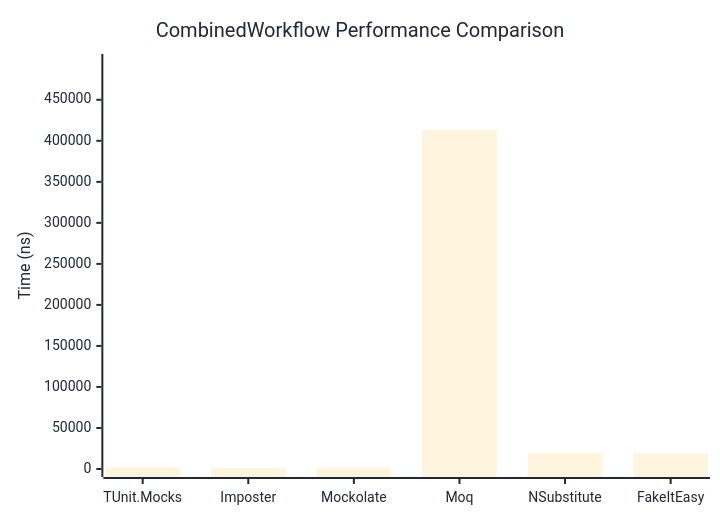
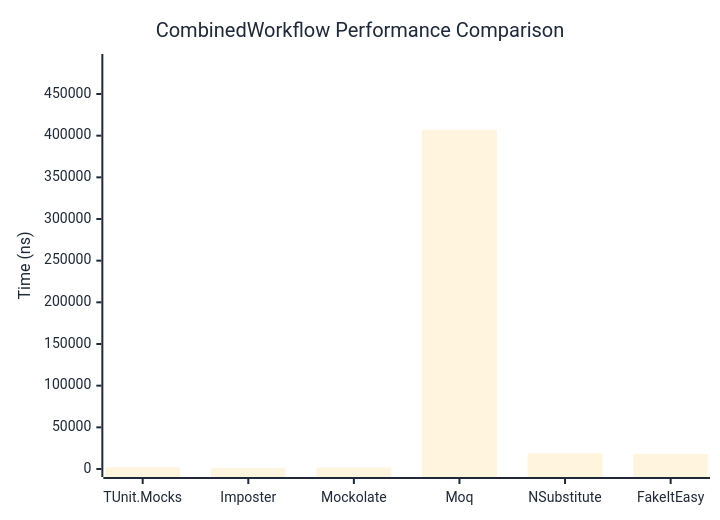
The diagram in docs/docs/benchmarks/mocks/CombinedWorkflow.md (thomhurst/TUnit), drawn with Mermaid before and after one commit. The commit also changed other lines of this file and 14 other files, not shown here.

````diff
--- a/docs/docs/benchmarks/mocks/CombinedWorkflow.md
+++ b/docs/docs/benchmarks/mocks/CombinedWorkflow.md
@@ -30,27 +30,27 @@
 ```mermaid
 %%{init: {
   'theme':'base',
   'themeVariables': {
     'primaryColor': '#2563eb',
     'primaryTextColor': '#1f2937',
     'primaryBorderColor': '#1e40af',
     'lineColor': '#6b7280',
     'secondaryColor': '#7c3aed',
     'tertiaryColor': '#dc2626',
     'background': '#ffffff',
     'pie1': '#2563eb',
     'pie2': '#7c3aed',
     'pie3': '#dc2626',
     'pie4': '#f59e0b',
     'pie5': '#10b981',
     'pie6': '#06b6d4',
     'pie7': '#ec4899',
     'pie8': '#6366f1'
   }
 }}%%
 xychart-beta
   title "CombinedWorkflow Performance Comparison"
   x-axis ["TUnit.Mocks", "Imposter", "Mockolate", "Moq", "NSubstitute", "FakeItEasy"]
-  y-axis "Time (ns)" 0 --> 496066
-  bar [2018.7, 953, 1722.7, 413388.3, 19484.9, 18764.6]
+  y-axis "Time (ns)" 0 --> 488397
+  bar [1928.5, 909.1, 1660.2, 406997.5, 18940.9, 18132.8]
 ```
````
